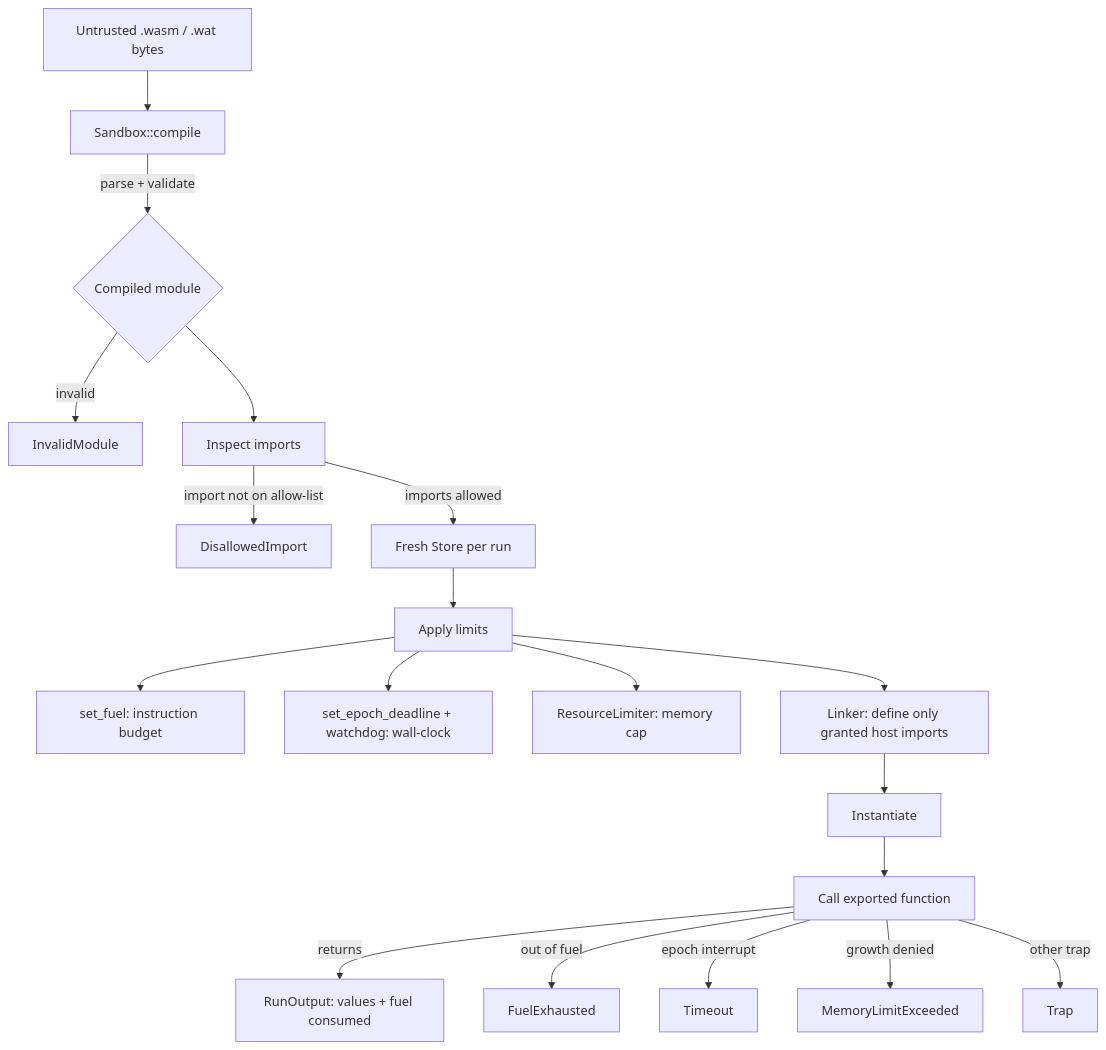
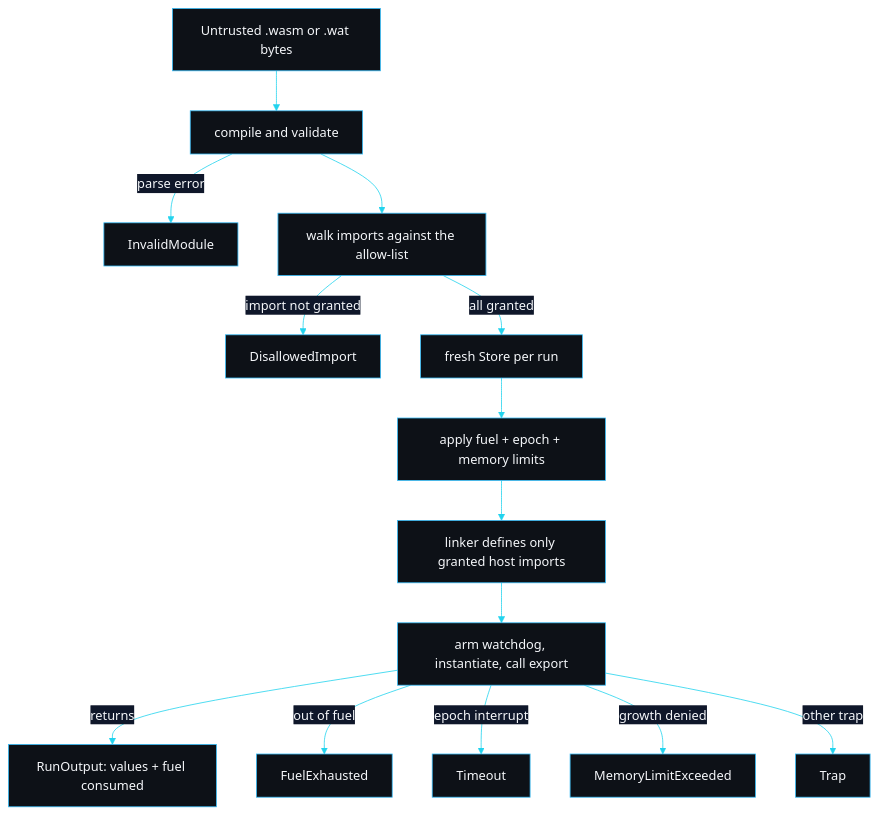
Before and after one commit to sarmakska/sandboxd: the diagram in README.md, drawn with Mermaid. The commit also changed other lines of this file, not shown here.

````diff
--- a/README.md
+++ b/README.md
@@ -17,21 +31,17 @@
 ```mermaid
+%%{init: {'theme':'base','themeVariables':{'primaryColor':'#0d1117','primaryTextColor':'#f5f7fa','primaryBorderColor':'#38bdf8','lineColor':'#22d3ee','secondaryColor':'#0f172a','tertiaryColor':'#0d1117','fontFamily':'ui-monospace, monospace'}}}%%
 flowchart TD
-    A[Untrusted .wasm / .wat bytes] --> B[Sandbox::compile]
-    B -->|parse + validate| C{Compiled module}
-    C -->|invalid| E1[InvalidModule]
-    C --> D[Inspect imports]
-    D -->|import not on allow-list| E2[DisallowedImport]
-    D -->|imports allowed| F[Fresh Store per run]
-    F --> G[Apply limits]
-    G --> G1[set_fuel: instruction budget]
-    G --> G2[set_epoch_deadline + watchdog: wall-clock]
-    G --> G3[ResourceLimiter: memory cap]
-    G --> H[Linker: define only granted host imports]
-    H --> I[Instantiate]
-    I --> J[Call exported function]
-    J -->|returns| K[RunOutput: values + fuel consumed]
-    J -->|out of fuel| E3[FuelExhausted]
-    J -->|epoch interrupt| E4[Timeout]
-    J -->|growth denied| E5[MemoryLimitExceeded]
-    J -->|other trap| E6[Trap]
+    A[Untrusted .wasm or .wat bytes] --> B[compile and validate]
+    B -->|parse error| E1[InvalidModule]
+    B --> C[walk imports against the allow-list]
+    C -->|import not granted| E2[DisallowedImport]
+    C -->|all granted| D[fresh Store per run]
+    D --> F[apply fuel + epoch + memory limits]
+    F --> G[linker defines only granted host imports]
+    G --> H[arm watchdog, instantiate, call export]
+    H -->|returns| K[RunOutput: values + fuel consumed]
+    H -->|out of fuel| E3[FuelExhausted]
+    H -->|epoch interrupt| E4[Timeout]
+    H -->|growth denied| E5[MemoryLimitExceeded]
+    H -->|other trap| E6[Trap]
 ```
````
